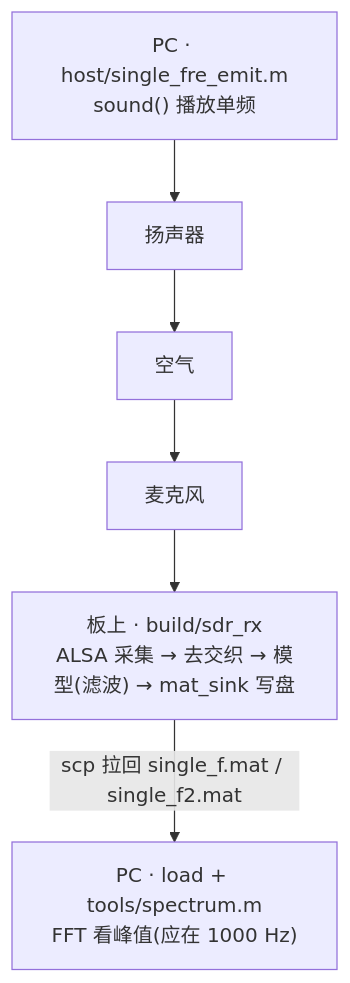
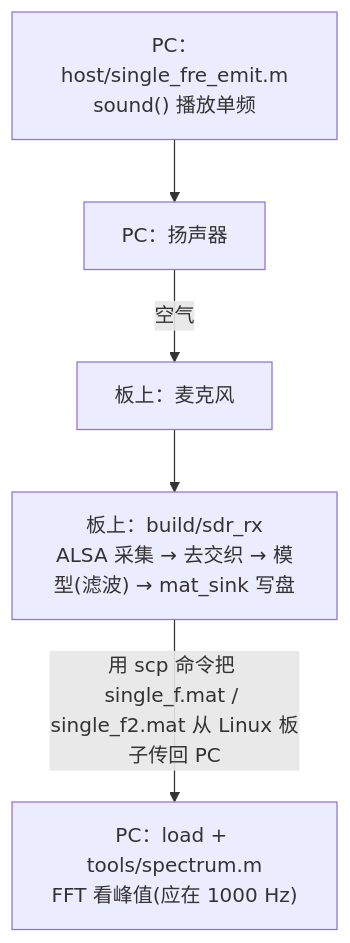
The diagram in documents/实验一_单频信号.md (padhialuo0426/portable-acoustic-sdr), drawn with Mermaid before and after one commit. The commit also changed 2 other files, not shown here.

Commit message:
docs: 流程图节点标注对象归属，空气改为介质箭头标注
- 节点加「PC：/板上：」归属前缀(如 PC：扬声器、板上：麦克风)
- 传播介质「空气」不再用方框，仅作箭头标注
- scp 边写全：用 scp 命令把 <文件> 从 Linux 板子传回 PC
统一应用到全部四张流程图。

````diff
--- a/documents/实验一_单频信号.md
+++ b/documents/实验一_单频信号.md
@@ -8,12 +8,11 @@
 ```mermaid
 flowchart TD
-    emit["PC · host/single_fre_emit.m<br/>sound() 播放单频"]
-    spk["扬声器"]
-    air["空气"]
-    mic["麦克风"]
-    rx["板上 · build/sdr_rx<br/>ALSA 采集 → 去交织 → 模型(滤波) → mat_sink 写盘"]
-    dec["PC · load + tools/spectrum.m<br/>FFT 看峰值(应在 1000 Hz)"]
+    emit["PC：host/single_fre_emit.m<br/>sound() 播放单频"]
+    spk["PC：扬声器"]
+    mic["板上：麦克风"]
+    rx["板上：build/sdr_rx<br/>ALSA 采集 → 去交织 → 模型(滤波) → mat_sink 写盘"]
+    dec["PC：load + tools/spectrum.m<br/>FFT 看峰值(应在 1000 Hz)"]
 
-    emit --> spk --> air --> mic --> rx
-    rx -->|"scp 拉回 single_f.mat / single_f2.mat"| dec
+    emit --> spk -->|"空气"| mic --> rx
+    rx -->|"用 scp 命令把 single_f.mat / single_f2.mat 从 Linux 板子传回 PC"| dec
 ```
````
